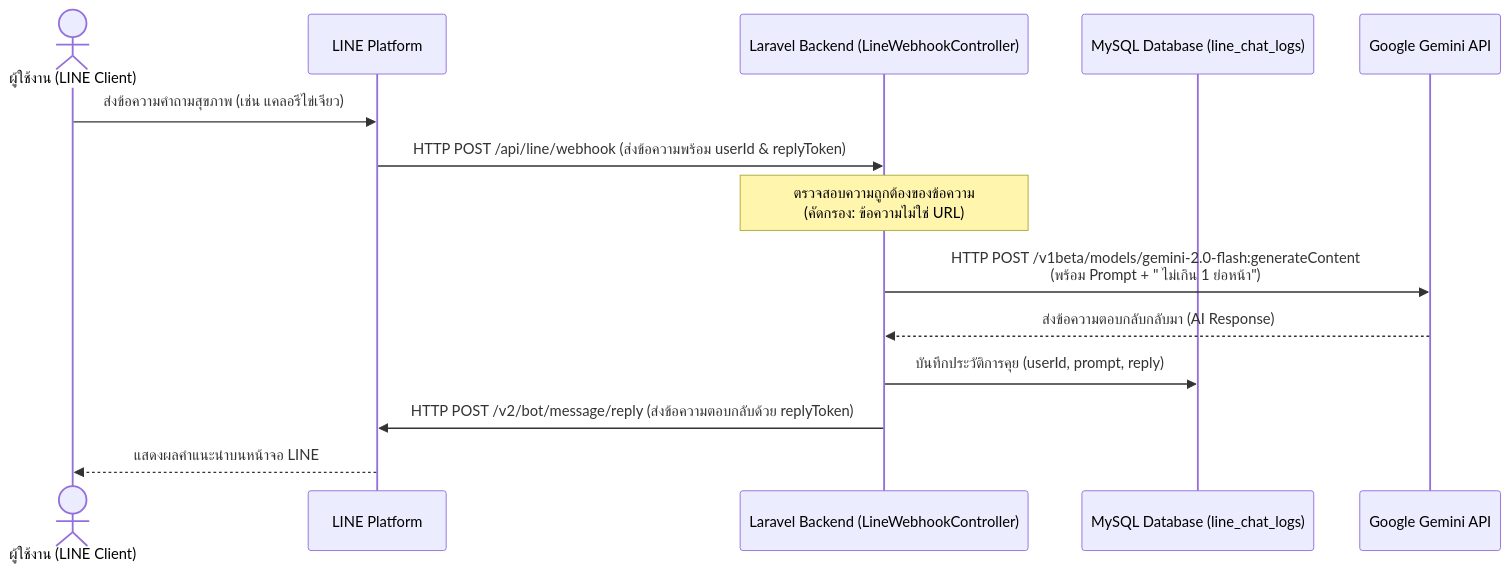
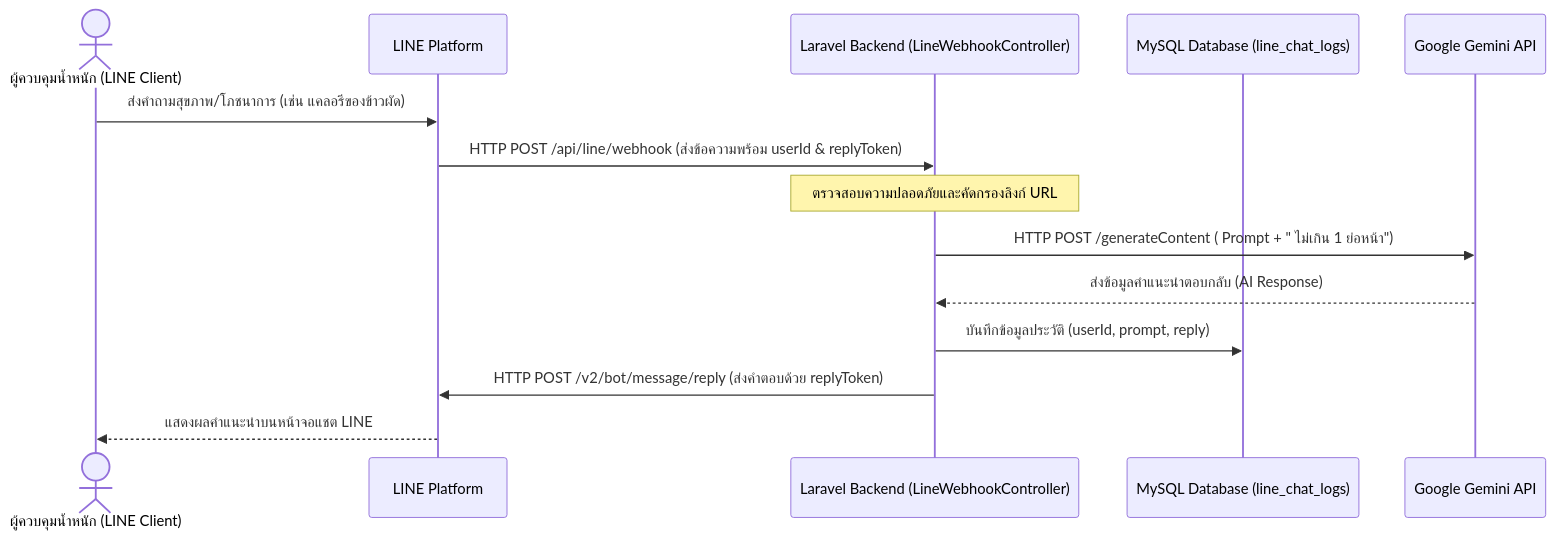
One commit to arc6828/happy-health2 changed the diagram in docs/chapter3/README.md. Above: the diagram before and after it, drawn with Mermaid. The commit also changed other lines of this file and 6 other files, not shown here.

````diff
--- a/docs/chapter3/README.md
+++ b/docs/chapter3/README.md
@@ -16,17 +51,17 @@
 ```mermaid
 sequenceDiagram
-    actor User as ผู้ใช้งาน (LINE Client)
+    actor User as ผู้ควบคุมน้ำหนัก (LINE Client)
     participant LINE as LINE Platform
     participant Server as Laravel Backend (LineWebhookController)
     participant DB as MySQL Database (line_chat_logs)
     participant Gemini as Google Gemini API
 
-    User->>LINE: ส่งข้อความคำถามสุขภาพ (เช่น แคลอรีไข่เจียว)
+    User->>LINE: ส่งคำถามสุขภาพ/โภชนาการ (เช่น แคลอรีของข้าวผัด)
     LINE->>Server: HTTP POST /api/line/webhook (ส่งข้อความพร้อม userId & replyToken)
-    Note over Server: ตรวจสอบความถูกต้องของข้อความ<br/>(คัดกรอง: ข้อความไม่ใช่ URL)
-    Server->>Gemini: HTTP POST /v1beta/models/gemini-2.0-flash:generateContent<br/>(พร้อม Prompt + " ไม่เกิน 1 ย่อหน้า")
-    Gemini-->>Server: ส่งข้อความตอบกลับกลับมา (AI Response)
-    Server->>DB: บันทึกประวัติการคุย (userId, prompt, reply)
-    Server->>LINE: HTTP POST /v2/bot/message/reply (ส่งข้อความตอบกลับด้วย replyToken)
-    LINE-->>User: แสดงผลคำแนะนำบนหน้าจอ LINE
+    Note over Server: ตรวจสอบความปลอดภัยและคัดกรองลิงก์ URL
+    Server->>Gemini: HTTP POST /generateContent ( Prompt + " ไม่เกิน 1 ย่อหน้า")
+    Gemini-->>Server: ส่งข้อมูลคำแนะนำตอบกลับ (AI Response)
+    Server->>DB: บันทึกข้อมูลประวัติ (userId, prompt, reply)
+    Server->>LINE: HTTP POST /v2/bot/message/reply (ส่งคำตอบด้วย replyToken)
+    LINE-->>User: แสดงผลคำแนะนำบนหน้าจอแชต LINE
 ```
````
